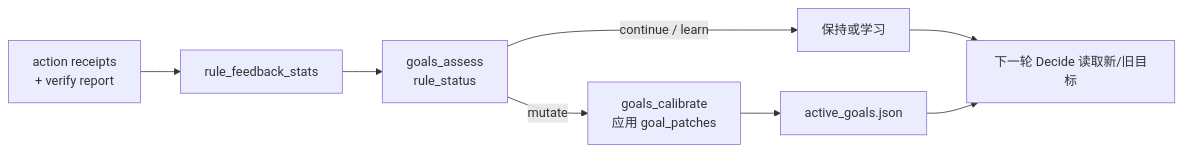
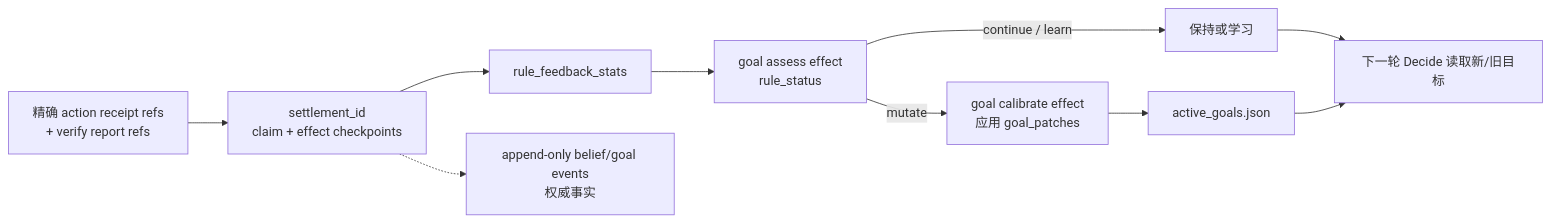
One commit to imjszhang/js-evolution-agent changed the sixth of 9 diagrams in docs/mechanism-diagram.md. Above: the diagram before and after it, drawn with Mermaid. The commit also changed other lines of this file and 237 other files, not shown here.

````diff
--- a/docs/mechanism-diagram.md
+++ b/docs/mechanism-diagram.md
@@ -149,10 +148,12 @@
 ```mermaid
 flowchart LR
-  Receipts["action receipts<br/>+ verify report"] --> Stats["rule_feedback_stats"]
-  Stats --> Assess["goals_assess<br/>rule_status"]
+  Receipts["精确 action receipt refs<br/>+ verify report refs"] --> Settle["settlement_id<br/>claim + effect checkpoints"]
+  Settle --> Stats["rule_feedback_stats"]
+  Stats --> Assess["goal assess effect<br/>rule_status"]
   Assess -->|continue / learn| Keep["保持或学习"]
-  Assess -->|mutate| Cal["goals_calibrate<br/>应用 goal_patches"]
+  Assess -->|mutate| Cal["goal calibrate effect<br/>应用 goal_patches"]
   Cal --> Goals["active_goals.json"]
   Keep --> Next["下一轮 Decide 读取新/旧目标"]
   Goals --> Next
+  Settle -.-> Events["append-only belief/goal events<br/>权威事实"]
 ```
````
